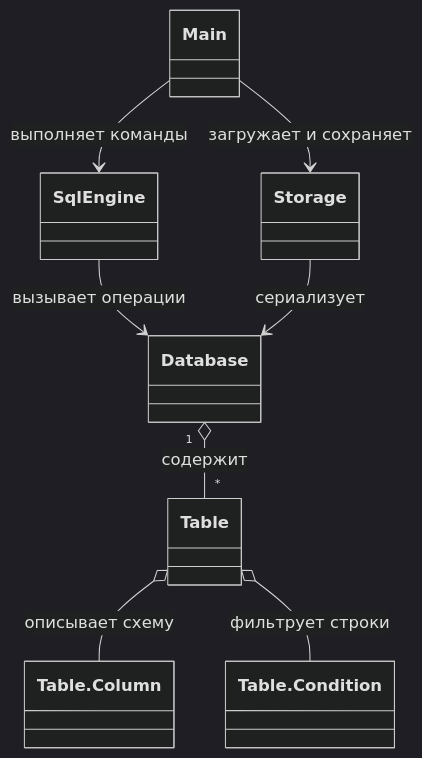
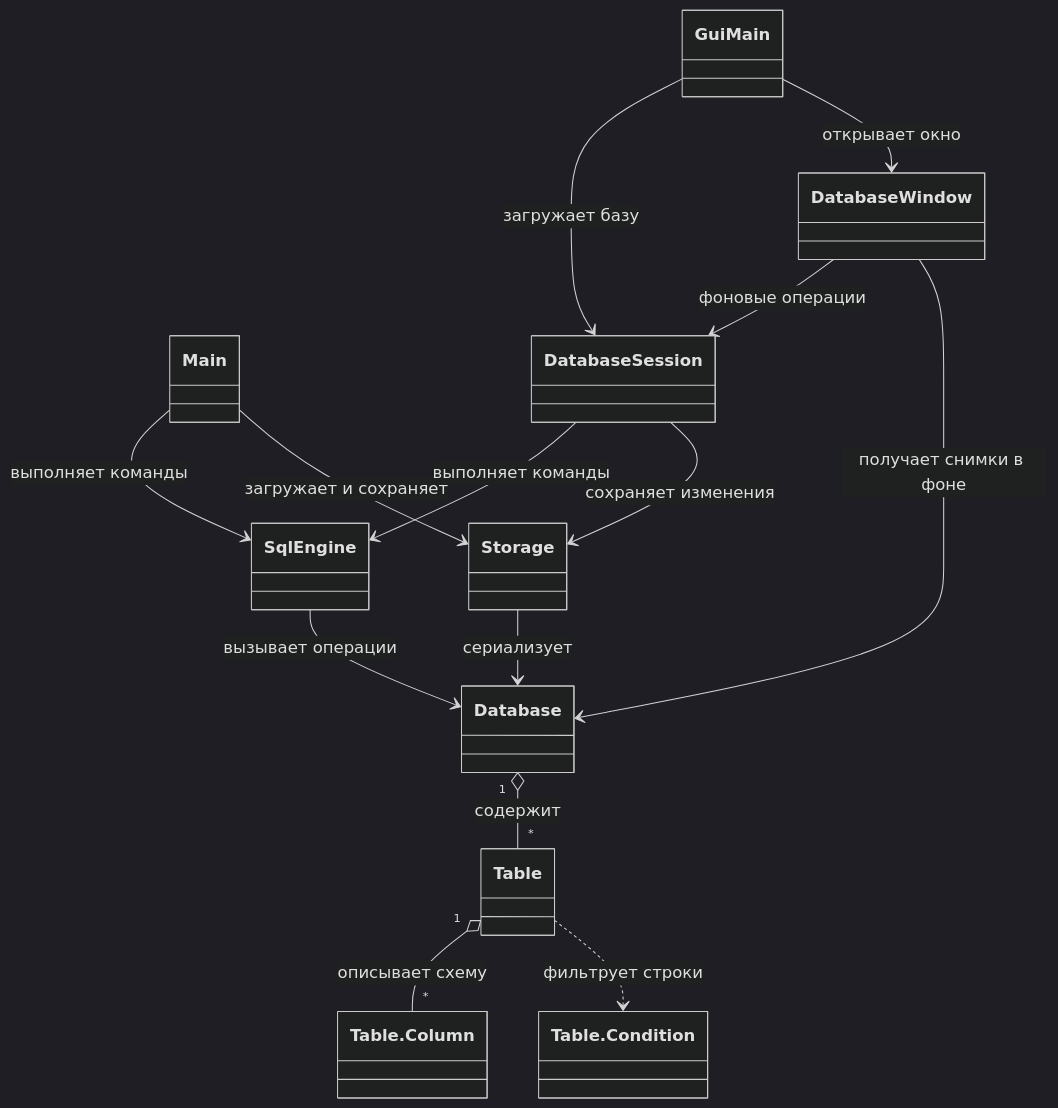
One commit to yosshhii/java-dbms changed the first of 2 diagrams in README.md. Above: the diagram before and after it, drawn with Mermaid (dark theme). The commit also changed other lines of this file and 11 other files, not shown here.

````diff
--- a/README.md
+++ b/README.md
@@ -87,10 +154,18 @@
 ```mermaid
 classDiagram
+    class Column["Table.Column"]
+    class Condition["Table.Condition"]
     Main --> SqlEngine : выполняет команды
     Main --> Storage : загружает и сохраняет
+    GuiMain --> DatabaseSession : загружает базу
+    GuiMain --> DatabaseWindow : открывает окно
+    DatabaseWindow --> DatabaseSession : фоновые операции
+    DatabaseWindow --> Database : получает снимки в фоне
+    DatabaseSession --> SqlEngine : выполняет команды
+    DatabaseSession --> Storage : сохраняет изменения
     SqlEngine --> Database : вызывает операции
     Storage --> Database : сериализует
     Database "1" o-- "*" Table : содержит
-    Table o-- Table.Column : описывает схему
-    Table o-- Table.Condition : фильтрует строки
+    Table "1" o-- "*" Column : описывает схему
+    Table ..> Condition : фильтрует строки
 ```
````
